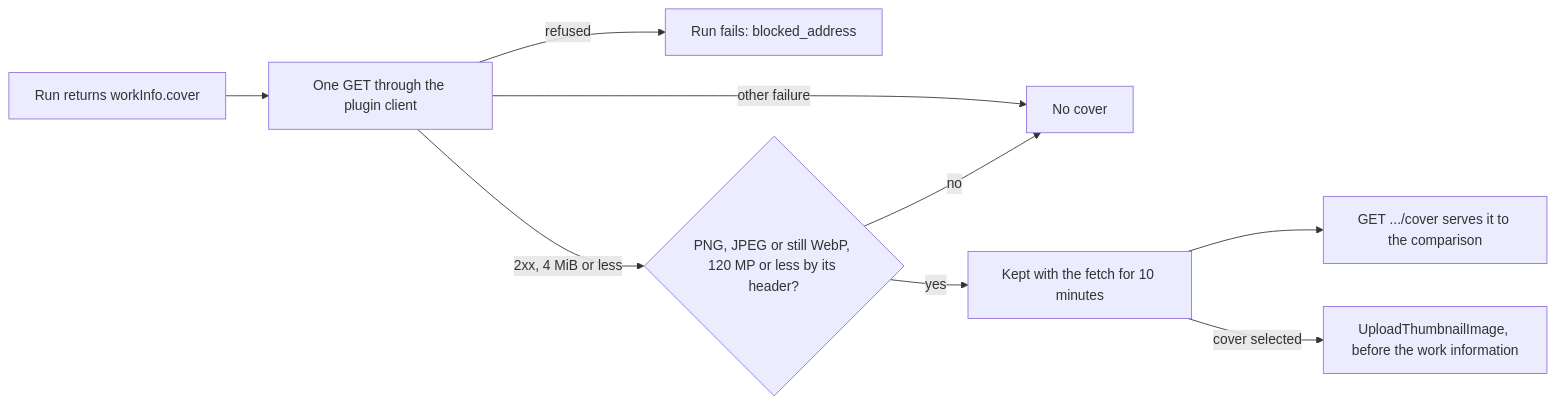
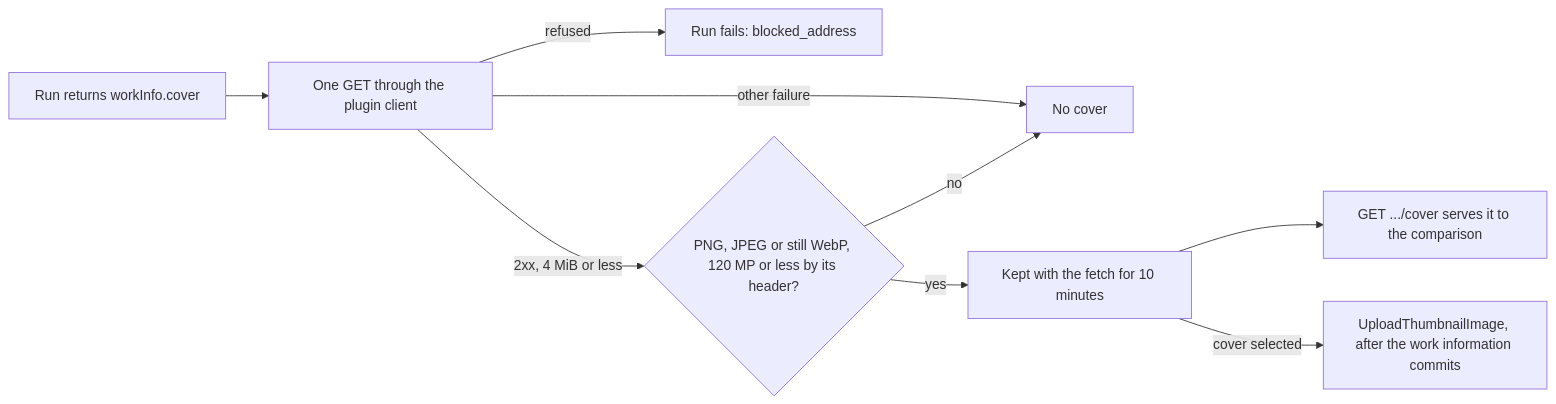
One commit to syudead/vv changed the third of 4 diagrams in docs/design-docs/work-info-plugins.md. Above: the diagram before and after it, drawn with Mermaid. The commit also changed other lines of this file and 8 other files, not shown here.

First line of the commit message:
fix(work-info-plugins): apply the cover after the work information commits

````diff
--- a/docs/design-docs/work-info-plugins.md
+++ b/docs/design-docs/work-info-plugins.md
@@ -202,11 +202,11 @@
 ```mermaid
 flowchart LR
   run[Run returns workInfo.cover] --> get[One GET through the plugin client]
   get -->|refused| blocked[Run fails: blocked_address]
   get -->|other failure| none[No cover]
   get -->|2xx, 4 MiB or less| check{PNG, JPEG or still WebP, 120 MP or less by its header?}
   check -->|no| none
   check -->|yes| keep[Kept with the fetch for 10 minutes]
   keep --> serve[GET .../cover serves it to the comparison]
-  keep -->|cover selected| apply[UploadThumbnailImage, before the work information]
+  keep -->|cover selected| apply[UploadThumbnailImage, after the work information commits]
 ```
````
